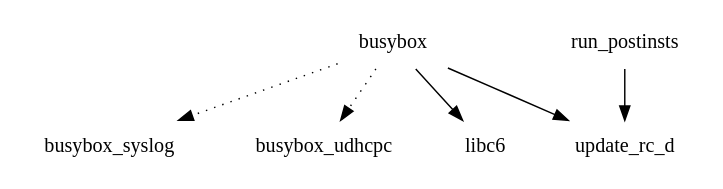
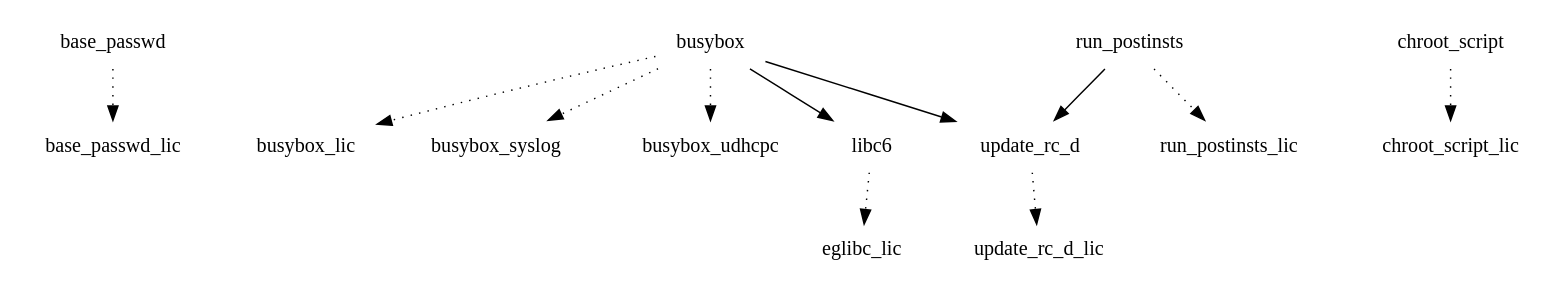
The diagram in images/tuna/eglibc/chroot-image/depends-nokernel.dot (webOS-ports/buildhistory), drawn with Graphviz before and after one commit. The commit also changed 21 other files, not shown here.

```diff
--- a/images/tuna/eglibc/chroot-image/depends-nokernel.dot
+++ b/images/tuna/eglibc/chroot-image/depends-nokernel.dot
@@ -1,8 +1,14 @@
 digraph depends {
     node [shape=plaintext]
+base_passwd -> base_passwd_lic [style=dotted];
+busybox -> busybox_lic [style=dotted];
 busybox -> busybox_syslog [style=dotted];
 busybox -> busybox_udhcpc [style=dotted];
 busybox -> libc6;
 busybox -> update_rc_d;
+chroot_script -> chroot_script_lic [style=dotted];
+libc6 -> eglibc_lic [style=dotted];
+run_postinsts -> run_postinsts_lic [style=dotted];
 run_postinsts -> update_rc_d;
+update_rc_d -> update_rc_d_lic [style=dotted];
 }
```
